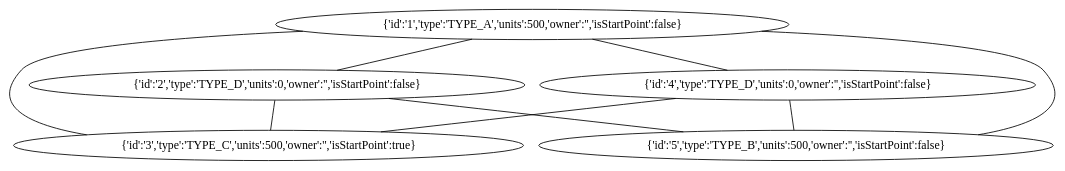
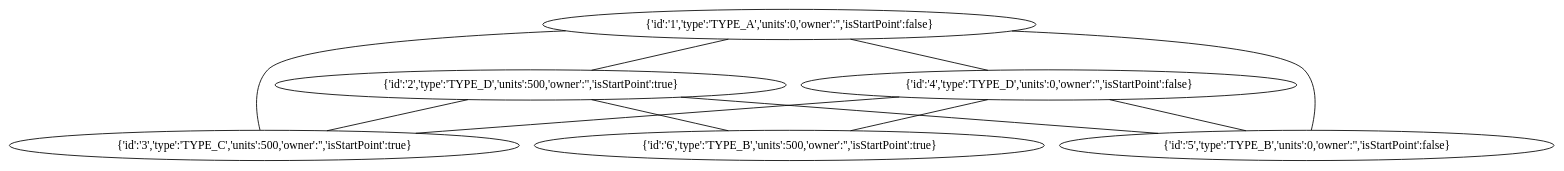
One commit to burningrain/planetBot changed the diagram in map-service/maps/test1.gv. Above: the diagram before and after it, drawn with Graphviz. The commit also changed 6 other files, not shown here.

```diff
--- a/map-service/maps/test1.gv
+++ b/map-service/maps/test1.gv
@@ -1,15 +1,18 @@
 graph "{'galaxyType':'SMALL_BASES'}" {
-    1[label="{'id':'1','type':'TYPE_A','units':500,'owner':'','isStartPoint':false}"];
-    2[label="{'id':'2','type':'TYPE_D','units':0,'owner':'','isStartPoint':false}"];
+    1[label="{'id':'1','type':'TYPE_A','units':0,'owner':'','isStartPoint':false}"];
+    2[label="{'id':'2','type':'TYPE_D','units':500,'owner':'','isStartPoint':true}"];
     3[label="{'id':'3','type':'TYPE_C','units':500,'owner':'','isStartPoint':true}"];
     4[label="{'id':'4','type':'TYPE_D','units':0,'owner':'','isStartPoint':false}"];
-    5[label="{'id':'5','type':'TYPE_B','units':500,'owner':'','isStartPoint':false}"];
+    5[label="{'id':'5','type':'TYPE_B','units':0,'owner':'','isStartPoint':false}"];
+    6[label="{'id':'6','type':'TYPE_B','units':500,'owner':'','isStartPoint':true}"];
     1 -- 2;
     1 -- 3;
     1 -- 4;
     1 -- 5;
     2 -- 3;
     2 -- 5;
     4 -- 3;
     4 -- 5;
+    2 -- 6;
+    4 -- 6;
 }
```
